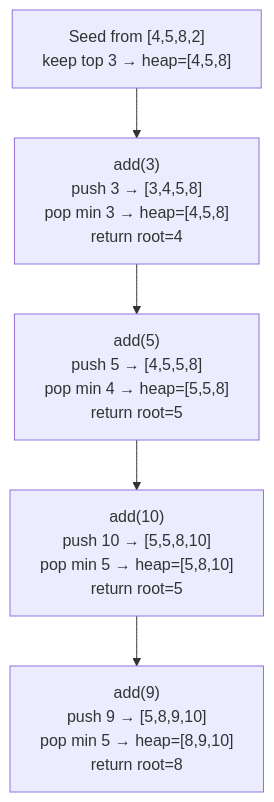
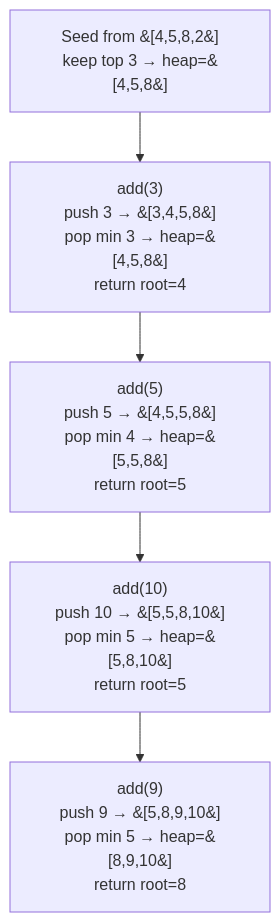
The diagram in topics/09-heap-priority-queue/01-kth-largest-element-in-a-stream/README.md (Aryan-Jadon18/dsa-placement-prep), drawn with Mermaid before and after one commit. The commit also changed 52 other files, not shown here.

First line of the commit message:
Fix Mermaid diagrams not rendering on GitHub

````diff
--- a/topics/09-heap-priority-queue/01-kth-largest-element-in-a-stream/README.md
+++ b/topics/09-heap-priority-queue/01-kth-largest-element-in-a-stream/README.md
@@ -84,9 +84,9 @@
 ```mermaid
 flowchart TD
-    A["Seed from [4,5,8,2]<br/>keep top 3 → heap=[4,5,8]"]
-    B["add(3)<br/>push 3 → [3,4,5,8]<br/>pop min 3 → heap=[4,5,8]<br/>return root=4"]
-    C["add(5)<br/>push 5 → [4,5,5,8]<br/>pop min 4 → heap=[5,5,8]<br/>return root=5"]
-    D["add(10)<br/>push 10 → [5,5,8,10]<br/>pop min 5 → heap=[5,8,10]<br/>return root=5"]
-    E["add(9)<br/>push 9 → [5,8,9,10]<br/>pop min 5 → heap=[8,9,10]<br/>return root=8"]
+    A["Seed from &#91;4,5,8,2&#93;<br/>keep top 3 → heap=&#91;4,5,8&#93;"]
+    B["add(3)<br/>push 3 → &#91;3,4,5,8&#93;<br/>pop min 3 → heap=&#91;4,5,8&#93;<br/>return root=4"]
+    C["add(5)<br/>push 5 → &#91;4,5,5,8&#93;<br/>pop min 4 → heap=&#91;5,5,8&#93;<br/>return root=5"]
+    D["add(10)<br/>push 10 → &#91;5,5,8,10&#93;<br/>pop min 5 → heap=&#91;5,8,10&#93;<br/>return root=5"]
+    E["add(9)<br/>push 9 → &#91;5,8,9,10&#93;<br/>pop min 5 → heap=&#91;8,9,10&#93;<br/>return root=8"]
     A --> B --> C --> D --> E
 ```
````
